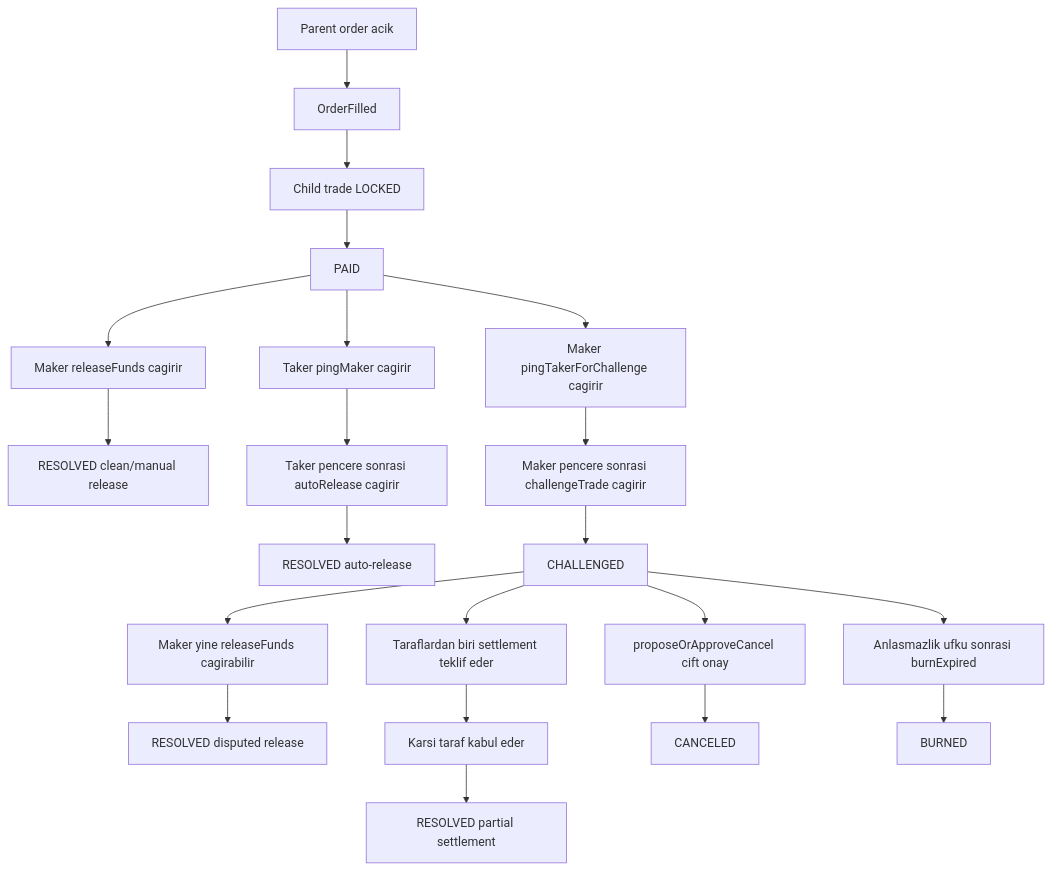
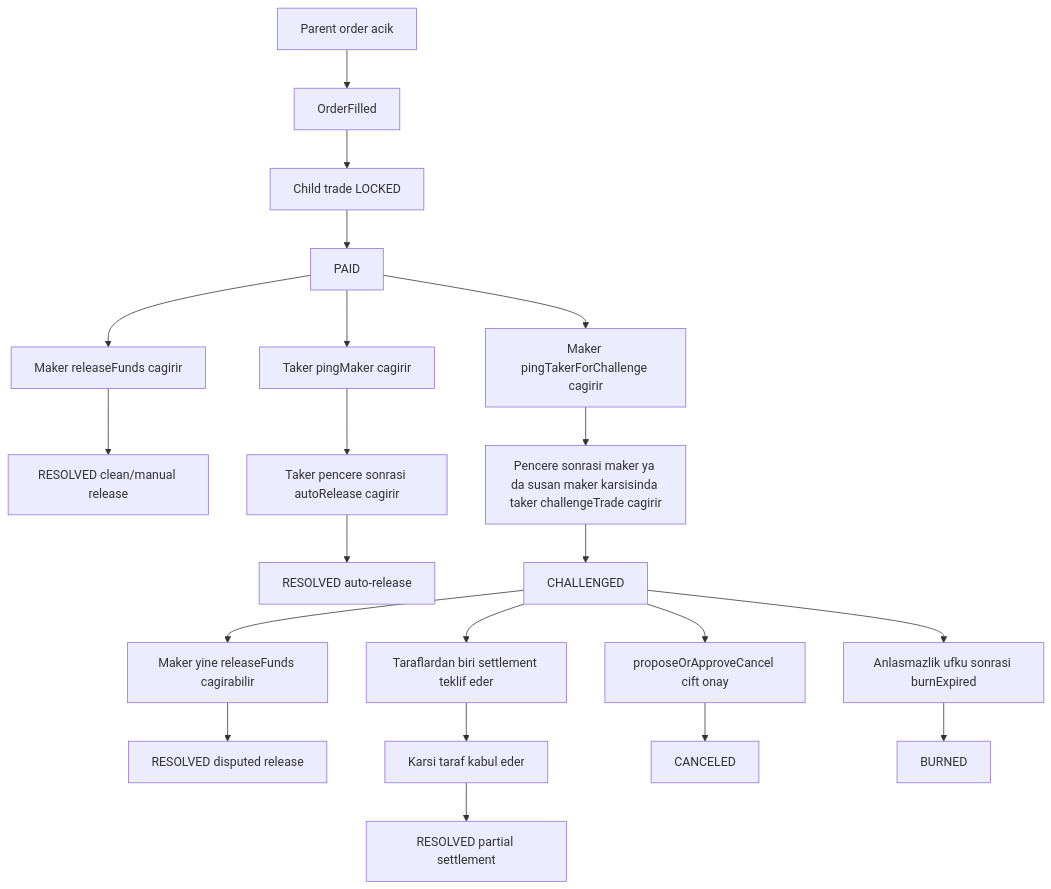
Before and after one commit to MyDemir/Araf-Protocol: the first of 2 diagrams in docs/TR/GAME_THEORY.md, drawn with Mermaid. The commit also changed other lines of this file and 7 other files, not shown here.

````diff
--- a/docs/TR/GAME_THEORY.md
+++ b/docs/TR/GAME_THEORY.md
@@ -32,30 +32,30 @@
 ```mermaid
 flowchart TD
     parent_order[Parent order acik] --> fill_event[OrderFilled]
     fill_event --> child_trade[Child trade LOCKED]
     child_trade --> paid_state[PAID]
 
     paid_state --> release_call[Maker releaseFunds cagirir]
     release_call --> resolved_normal[RESOLVED clean/manual release]
 
     paid_state --> ping_maker[Taker pingMaker cagirir]
     ping_maker --> auto_release[Taker pencere sonrasi autoRelease cagirir]
     auto_release --> resolved_penalty[RESOLVED auto-release]
 
     paid_state --> ping_taker[Maker pingTakerForChallenge cagirir]
-    ping_taker --> challenge_call[Maker pencere sonrasi challengeTrade cagirir]
+    ping_taker --> challenge_call[Pencere sonrasi maker ya da susan maker karsisinda taker challengeTrade cagirir]
     challenge_call --> challenged_state[CHALLENGED]
 
     challenged_state --> release_after_challenge[Maker yine releaseFunds cagirabilir]
     release_after_challenge --> disputed_release[RESOLVED disputed release]
 
     challenged_state --> split_offer[Taraflardan biri settlement teklif eder]
     split_offer --> split_accept[Karsi taraf kabul eder]
     split_accept --> split_resolved[RESOLVED partial settlement]
 
     challenged_state --> cancel_dual[proposeOrApproveCancel cift onay]
     cancel_dual --> canceled_state[CANCELED]
 
     challenged_state --> burn_call[Anlasmazlik ufku sonrasi burnExpired]
     burn_call --> burn_terminal[BURNED]
 ```
````
